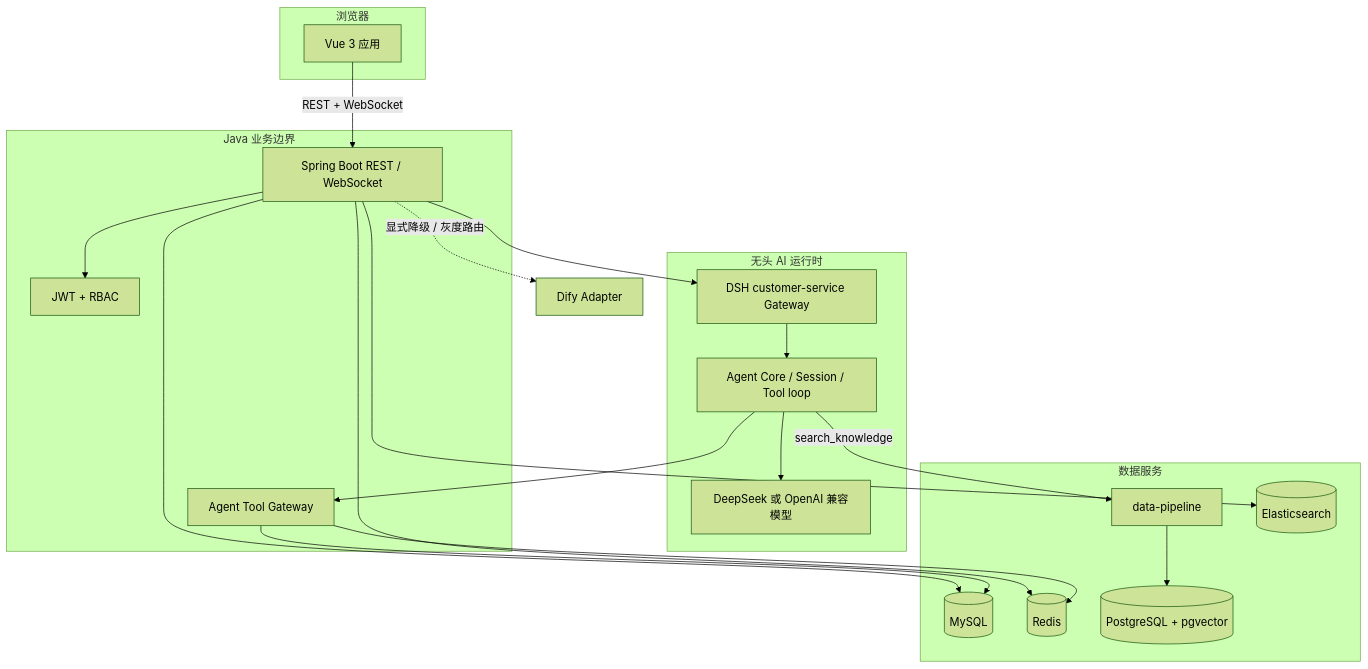
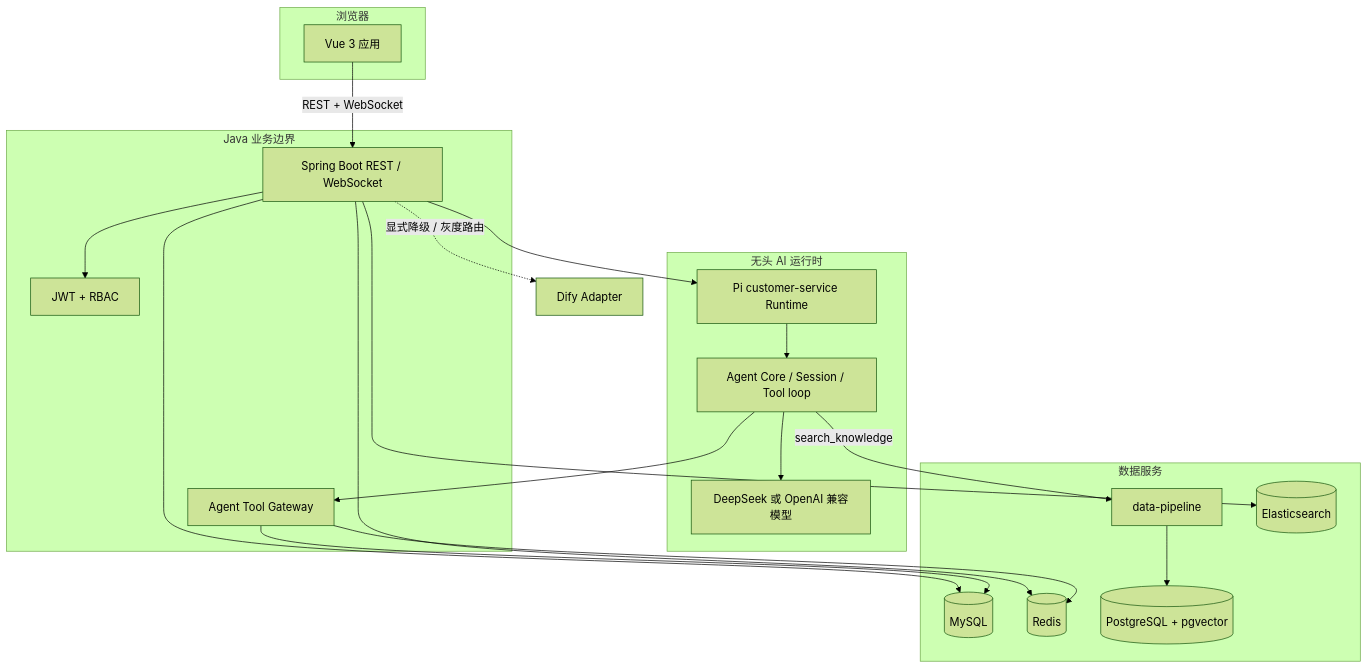
Before and after one commit to Me10dy66666666/ai_customer_service: the first of 2 diagrams in README-CN.md, drawn with Mermaid (forest theme). The commit also changed other lines of this file and 7968 other files, not shown here.

````diff
--- a/README-CN.md
+++ b/README-CN.md
@@ -48,41 +48,41 @@
 ```mermaid
 flowchart TB
   subgraph Browser[浏览器]
     UI[Vue 3 应用]
   end
 
   subgraph Business[Java 业务边界]
     API[Spring Boot REST / WebSocket]
     AUTH[JWT + RBAC]
     TOOL[Agent Tool Gateway]
   end
 
   subgraph AI[无头 AI 运行时]
-    DSH[DSH customer-service Gateway]
+    PI[Pi customer-service Runtime]
     CORE[Agent Core / Session / Tool loop]
     LLM[DeepSeek 或 OpenAI 兼容模型]
   end
 
   subgraph Data[数据服务]
     MYSQL[(MySQL)]
     REDIS[(Redis)]
     PIPE[data-pipeline]
     PG[(PostgreSQL + pgvector)]
     ES[(Elasticsearch)]
   end
 
   UI -->|REST + WebSocket| API
   API --> AUTH
-  API --> DSH
+  API --> PI
   API --> MYSQL
   API --> REDIS
-  DSH --> CORE
+  PI --> CORE
   CORE --> LLM
   CORE -->|search_knowledge| PIPE
   PIPE --> PG
   CORE --> TOOL
   TOOL --> MYSQL
   TOOL --> REDIS
   API --> ES
   API -. 显式降级 / 灰度路由 .-> DIFY[Dify Adapter]
 ```
````
